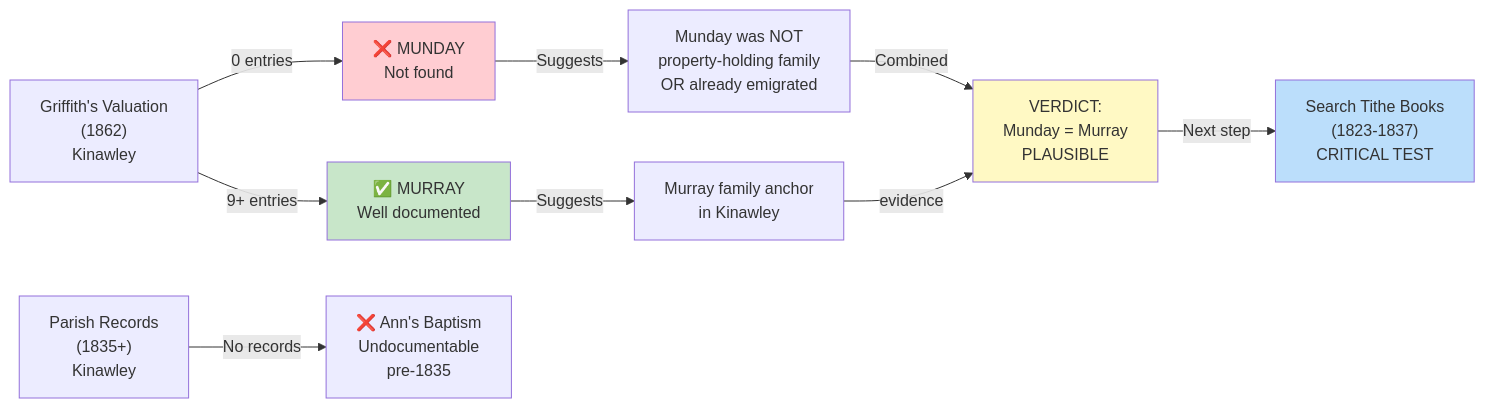
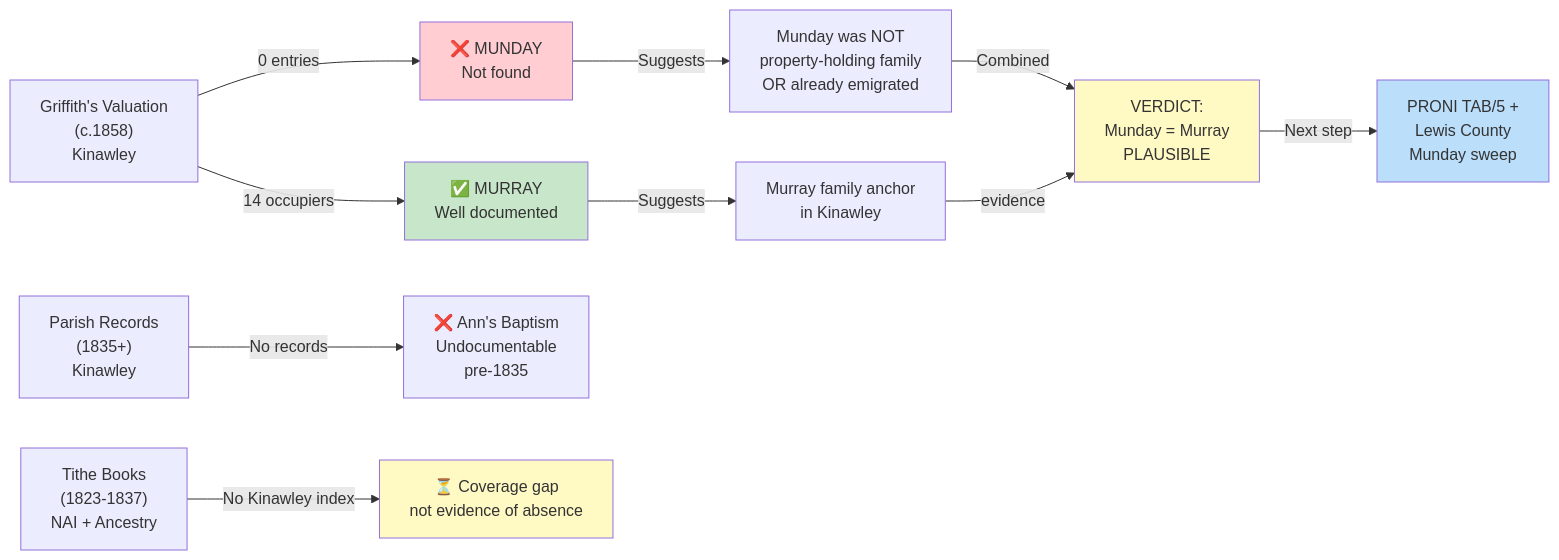
Before and after one commit to zcopley/copley-family-research: the third of 4 diagrams in Topics/Murray Settlement.md, drawn with Mermaid. The commit also changed other lines of this file and 15 other files, not shown here.

Commit message:
Resolve RQ-M5 and add Gatton branch chart

````diff
--- a/Topics/Murray Settlement.md
+++ b/Topics/Murray Settlement.md
@@ -393,23 +393,27 @@
 ```mermaid
 graph LR
-    GV["Griffith's Valuation<br/>(1862)<br/>Kinawley"]
+    GV["Griffith's Valuation<br/>(c.1858)<br/>Kinawley"]
     
     GV -->|0 entries| MUN["❌ MUNDAY<br/>Not found"]
-    GV -->|9+ entries| MUR["✅ MURRAY<br/>Well documented"]
+    GV -->|14 occupiers| MUR["✅ MURRAY<br/>Well documented"]
     
     PR["Parish Records<br/>(1835+)<br/>Kinawley"]
     PR -->|No records| AB["❌ Ann's Baptism<br/>Undocumentable<br/>pre-1835"]
+    
+    TAB["Tithe Books<br/>(1823-1837)<br/>NAI + Ancestry"]
+    TAB -->|No Kinawley index| GAP["⏳ Coverage gap<br/>not evidence of absence"]
     
     MUN -->|Suggests| HYP1["Munday was NOT<br/>property-holding family<br/>OR already emigrated"]
     MUR -->|Suggests| HYP2["Murray family anchor<br/>in Kinawley"]
     
     HYP1 -->|Combined| VERS["VERDICT:<br/>Munday = Murray<br/>PLAUSIBLE"]
     HYP2 -->|evidence| VERS
     
-    VERS -->|Next step| TITHE["Search Tithe Books<br/>(1823-1837)<br/>CRITICAL TEST"]
+    VERS -->|Next step| TITHE["PRONI TAB/5 +<br/>Lewis County<br/>Munday sweep"]
     
     style MUN fill:#ffcdd2
     style MUR fill:#c8e6c9
+    style GAP fill:#fff9c4
     style VERS fill:#fff9c4
     style TITHE fill:#bbdefb
 ```
````
